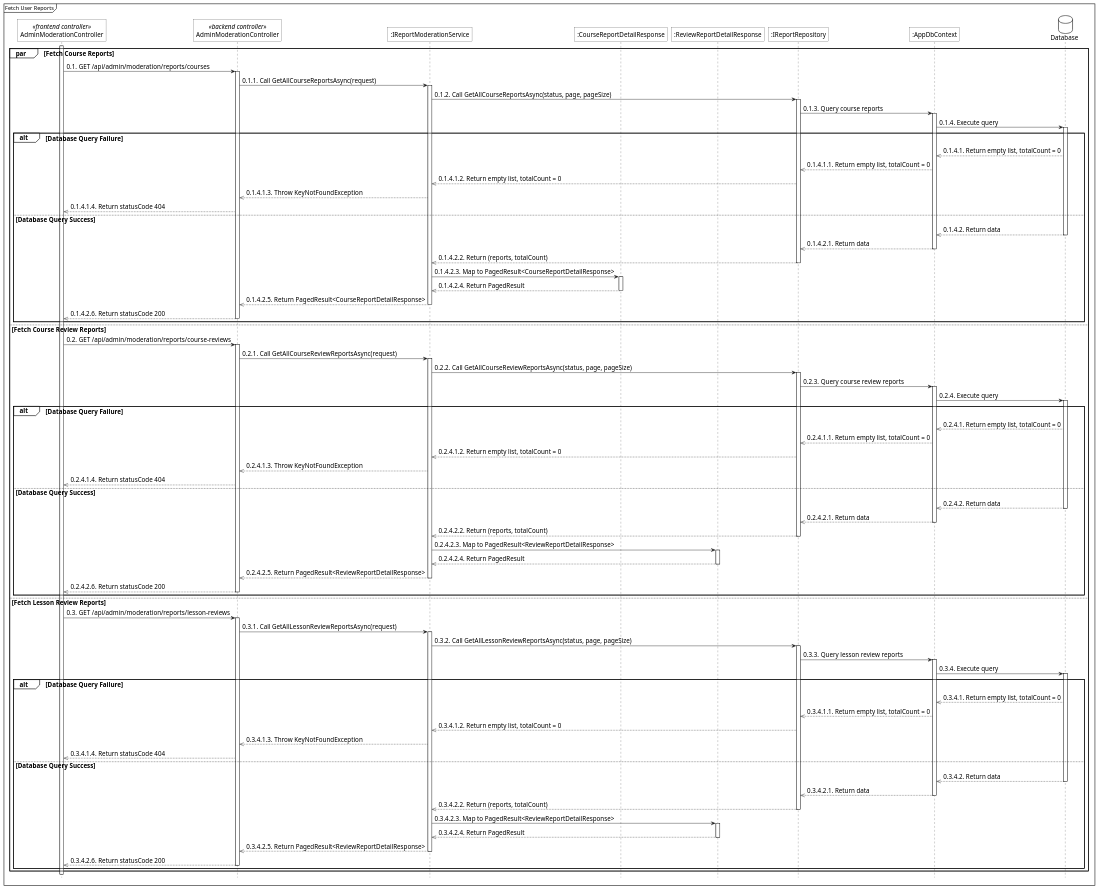
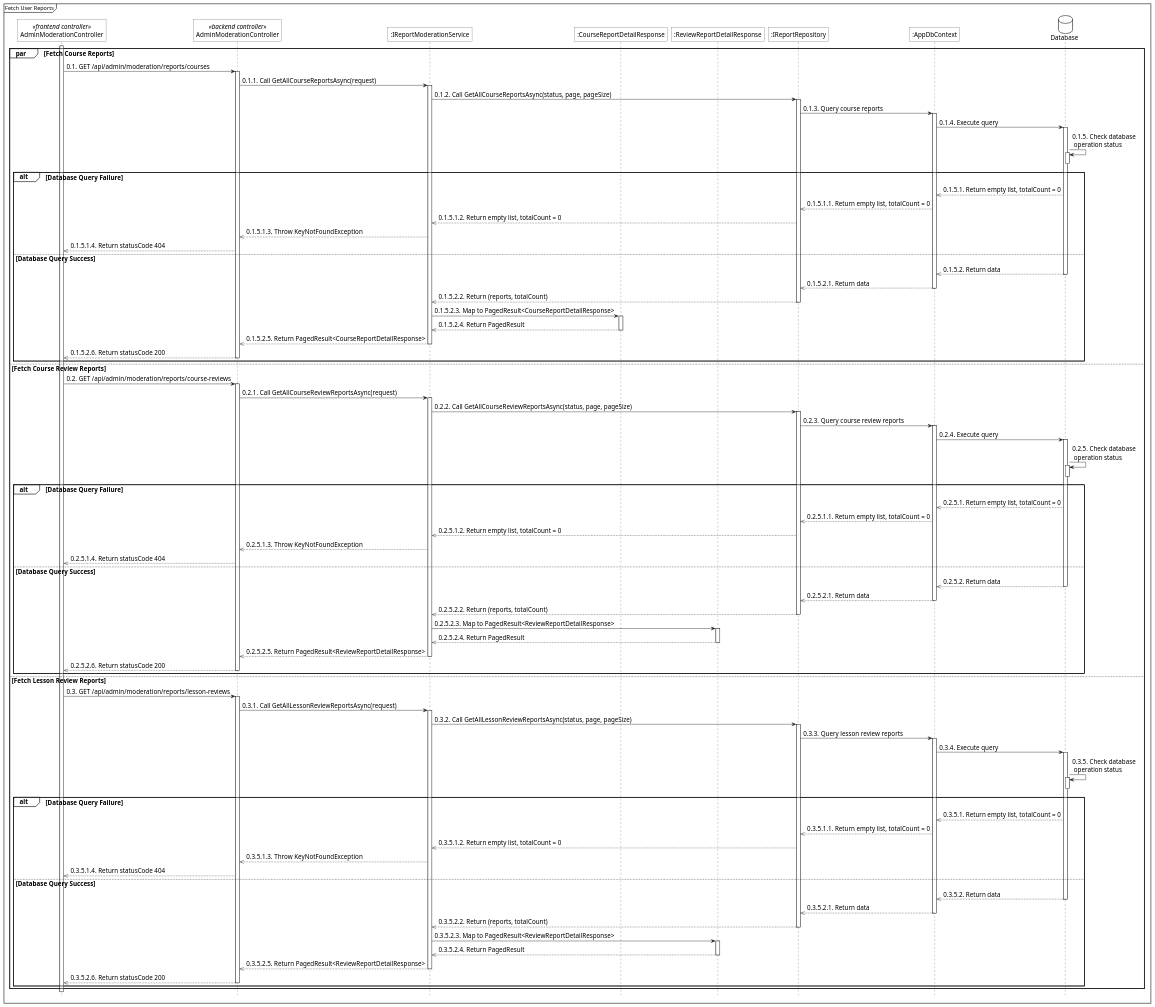
The diagram in diagrams/sequence_renumbered/report/view_user_report_detail/sq_fetch_user_reports.plantuml (1000do/Linked), drawn with PlantUML before and after one commit. The commit also changed 153 other files, not shown here.

```diff
--- a/diagrams/sequence_renumbered/report/view_user_report_detail/sq_fetch_user_reports.plantuml
+++ b/diagrams/sequence_renumbered/report/view_user_report_detail/sq_fetch_user_reports.plantuml
@@ -1,135 +1,142 @@
 @startuml 
 <style>
     sequenceDiagram{
         FontSize 16
 
         arrow {
             ' Set the maximum width of the text on arrows
             MaximumWidth 300
 
         }
         actor{
             BackgroundColor white
             LineThickness 1.0
         }
         participant{
             BackgroundColor white
             RoundCorner 0
         }
         database{
             BackgroundColor white
         }
         groupHeader{
             BackgroundColor white
         }
         referenceHeader{
             BackgroundColor white
         }
         reference{
             BackgroundColor white
         }
     }
 </style>
 
+
 hide footbox
 mainframe Fetch User Reports
 
 participant "AdminModerationController" as fe_ctrl <<frontend controller>>
 participant "AdminModerationController" as be_ctrl <<backend controller>>
 participant ":IReportModerationService" as sv
 participant ":CourseReportDetailResponse" as c_res
 participant ":ReviewReportDetailResponse" as r_res
 participant ":IReportRepository" as repo
 participant ":AppDbContext" as ctx
 database Database as db
 
 fe_ctrl++
 par Fetch Course Reports
     fe_ctrl -> be_ctrl++:0.1. GET /api/admin/moderation/reports/courses
     be_ctrl -> sv++:0.1.1. Call GetAllCourseReportsAsync(request)
     sv -> repo++:0.1.2. Call GetAllCourseReportsAsync(status, page, pageSize)
     repo -> ctx++:0.1.3. Query course reports
     ctx -> db++:0.1.4. Execute query
+    db -> db++:0.1.5. Check database\n operation status
+    db--
     
 alt Database Query Failure
-        db -->> ctx:0.1.4.1. Return empty list, totalCount = 0
-        ctx -->> repo:0.1.4.1.1. Return empty list, totalCount = 0
-        repo -->> sv:0.1.4.1.2. Return empty list, totalCount = 0
-        sv -->> be_ctrl:0.1.4.1.3. Throw KeyNotFoundException
-        be_ctrl -->> fe_ctrl:0.1.4.1.4. Return statusCode 404
+        db -->> ctx:0.1.5.1. Return empty list, totalCount = 0
+        ctx -->> repo:0.1.5.1.1. Return empty list, totalCount = 0
+        repo -->> sv:0.1.5.1.2. Return empty list, totalCount = 0
+        sv -->> be_ctrl:0.1.5.1.3. Throw KeyNotFoundException
+        be_ctrl -->> fe_ctrl:0.1.5.1.4. Return statusCode 404
 else Database Query Success
-        db -->> ctx:0.1.4.2. Return data
+        db -->> ctx:0.1.5.2. Return data
         db--
-        ctx -->> repo:0.1.4.2.1. Return data
+        ctx -->> repo:0.1.5.2.1. Return data
         ctx--
-        repo -->> sv:0.1.4.2.2. Return (reports, totalCount)
+        repo -->> sv:0.1.5.2.2. Return (reports, totalCount)
         repo--
         
-        sv -> c_res++:0.1.4.2.3. Map to PagedResult<CourseReportDetailResponse>
-        c_res -->> sv--:0.1.4.2.4. Return PagedResult
+        sv -> c_res++:0.1.5.2.3. Map to PagedResult<CourseReportDetailResponse>
+        c_res -->> sv--:0.1.5.2.4. Return PagedResult
         
-        sv -->> be_ctrl:0.1.4.2.5. Return PagedResult<CourseReportDetailResponse>
+        sv -->> be_ctrl:0.1.5.2.5. Return PagedResult<CourseReportDetailResponse>
         sv--
-        be_ctrl -->> fe_ctrl:0.1.4.2.6. Return statusCode 200
+        be_ctrl -->> fe_ctrl:0.1.5.2.6. Return statusCode 200
         be_ctrl--
 end
 else Fetch Course Review Reports
     fe_ctrl -> be_ctrl++:0.2. GET /api/admin/moderation/reports/course-reviews
     be_ctrl -> sv++:0.2.1. Call GetAllCourseReviewReportsAsync(request)
     sv -> repo++:0.2.2. Call GetAllCourseReviewReportsAsync(status, page, pageSize)
     repo -> ctx++:0.2.3. Query course review reports
     ctx -> db++:0.2.4. Execute query
+    db -> db++:0.2.5. Check database\n operation status
+    db--
     
 alt Database Query Failure
-        db -->> ctx:0.2.4.1. Return empty list, totalCount = 0
-        ctx -->> repo:0.2.4.1.1. Return empty list, totalCount = 0
-        repo -->> sv:0.2.4.1.2. Return empty list, totalCount = 0
-        sv -->> be_ctrl:0.2.4.1.3. Throw KeyNotFoundException
-        be_ctrl -->> fe_ctrl:0.2.4.1.4. Return statusCode 404
+        db -->> ctx:0.2.5.1. Return empty list, totalCount = 0
+        ctx -->> repo:0.2.5.1.1. Return empty list, totalCount = 0
+        repo -->> sv:0.2.5.1.2. Return empty list, totalCount = 0
+        sv -->> be_ctrl:0.2.5.1.3. Throw KeyNotFoundException
+        be_ctrl -->> fe_ctrl:0.2.5.1.4. Return statusCode 404
 else Database Query Success
-        db -->> ctx:0.2.4.2. Return data
+        db -->> ctx:0.2.5.2. Return data
         db--
-        ctx -->> repo:0.2.4.2.1. Return data
+        ctx -->> repo:0.2.5.2.1. Return data
         ctx--
-        repo -->> sv:0.2.4.2.2. Return (reports, totalCount)
+        repo -->> sv:0.2.5.2.2. Return (reports, totalCount)
         repo--
         
-        sv -> r_res++:0.2.4.2.3. Map to PagedResult<ReviewReportDetailResponse>
-        r_res -->> sv--:0.2.4.2.4. Return PagedResult
+        sv -> r_res++:0.2.5.2.3. Map to PagedResult<ReviewReportDetailResponse>
+        r_res -->> sv--:0.2.5.2.4. Return PagedResult
         
-        sv -->> be_ctrl:0.2.4.2.5. Return PagedResult<ReviewReportDetailResponse>
+        sv -->> be_ctrl:0.2.5.2.5. Return PagedResult<ReviewReportDetailResponse>
         sv--
-        be_ctrl -->> fe_ctrl:0.2.4.2.6. Return statusCode 200
+        be_ctrl -->> fe_ctrl:0.2.5.2.6. Return statusCode 200
         be_ctrl--
 end
 else Fetch Lesson Review Reports
     fe_ctrl -> be_ctrl++:0.3. GET /api/admin/moderation/reports/lesson-reviews
     be_ctrl -> sv++:0.3.1. Call GetAllLessonReviewReportsAsync(request)
     sv -> repo++:0.3.2. Call GetAllLessonReviewReportsAsync(status, page, pageSize)
     repo -> ctx++:0.3.3. Query lesson review reports
     ctx -> db++:0.3.4. Execute query
+    db -> db++:0.3.5. Check database\n operation status
+    db--
     
 alt Database Query Failure
-        db -->> ctx:0.3.4.1. Return empty list, totalCount = 0
-        ctx -->> repo:0.3.4.1.1. Return empty list, totalCount = 0
-        repo -->> sv:0.3.4.1.2. Return empty list, totalCount = 0
-        sv -->> be_ctrl:0.3.4.1.3. Throw KeyNotFoundException
-        be_ctrl -->> fe_ctrl:0.3.4.1.4. Return statusCode 404
+        db -->> ctx:0.3.5.1. Return empty list, totalCount = 0
+        ctx -->> repo:0.3.5.1.1. Return empty list, totalCount = 0
+        repo -->> sv:0.3.5.1.2. Return empty list, totalCount = 0
+        sv -->> be_ctrl:0.3.5.1.3. Throw KeyNotFoundException
+        be_ctrl -->> fe_ctrl:0.3.5.1.4. Return statusCode 404
 else Database Query Success
-        db -->> ctx:0.3.4.2. Return data
+        db -->> ctx:0.3.5.2. Return data
         db--
-        ctx -->> repo:0.3.4.2.1. Return data
+        ctx -->> repo:0.3.5.2.1. Return data
         ctx--
-        repo -->> sv:0.3.4.2.2. Return (reports, totalCount)
+        repo -->> sv:0.3.5.2.2. Return (reports, totalCount)
         repo--
         
-        sv -> r_res++:0.3.4.2.3. Map to PagedResult<ReviewReportDetailResponse>
-        r_res -->> sv--:0.3.4.2.4. Return PagedResult
+        sv -> r_res++:0.3.5.2.3. Map to PagedResult<ReviewReportDetailResponse>
+        r_res -->> sv--:0.3.5.2.4. Return PagedResult
         
-        sv -->> be_ctrl:0.3.4.2.5. Return PagedResult<ReviewReportDetailResponse>
+        sv -->> be_ctrl:0.3.5.2.5. Return PagedResult<ReviewReportDetailResponse>
         sv--
-        be_ctrl -->> fe_ctrl:0.3.4.2.6. Return statusCode 200
+        be_ctrl -->> fe_ctrl:0.3.5.2.6. Return statusCode 200
         be_ctrl--
 end
 end
 @enduml
```
